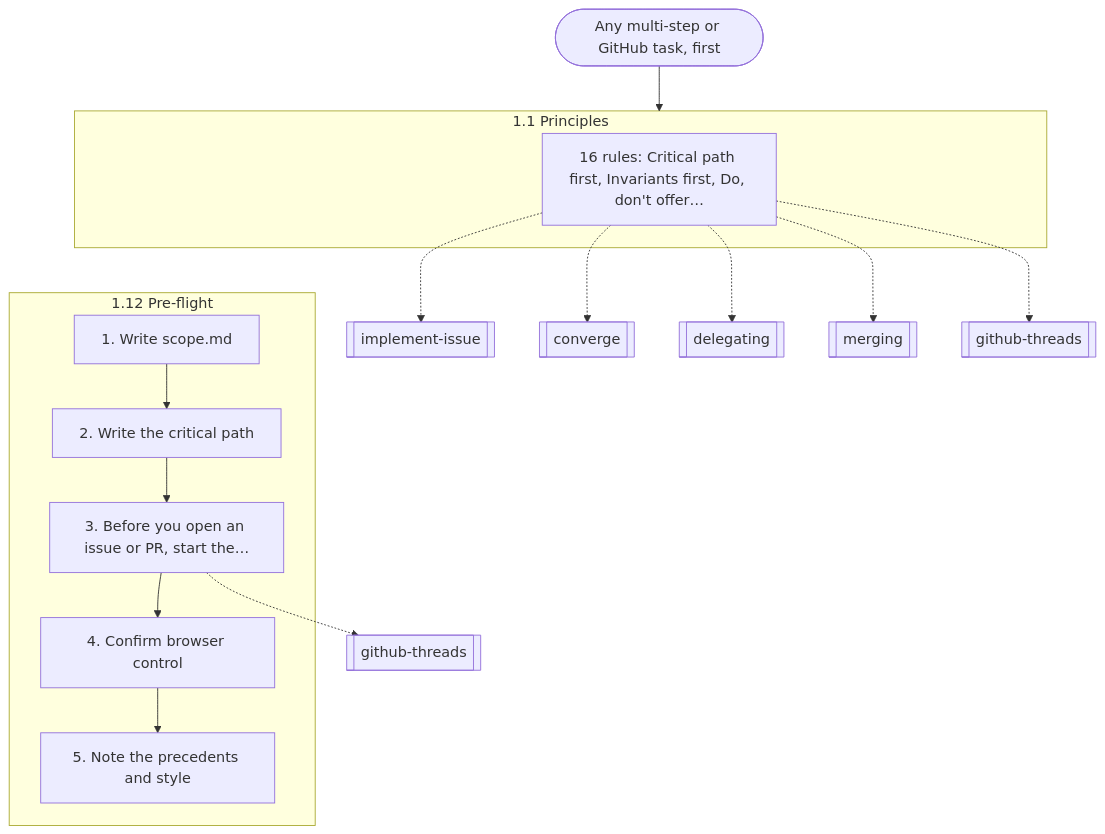
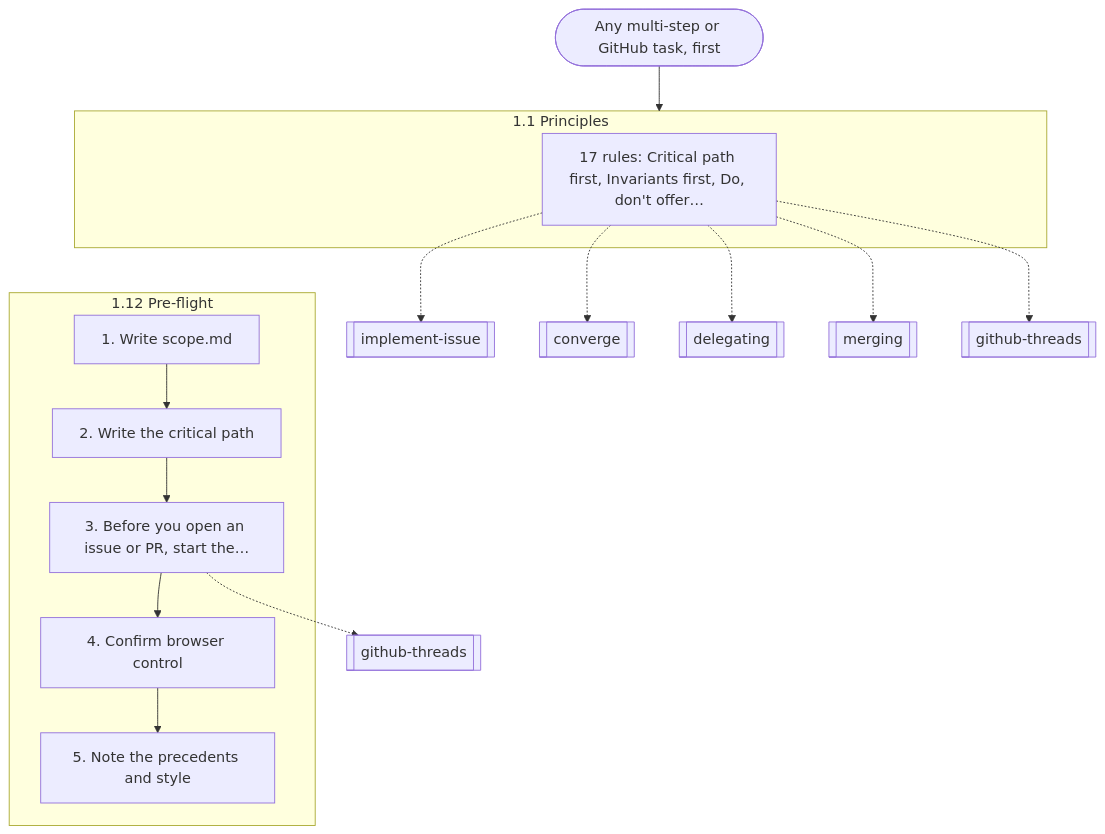
The first of 14 diagrams in docs/graphs.md (nitedani/mergeworthy), drawn with Mermaid before and after one commit. The commit also changed 2 other files, not shown here.

Commit message:
Principle 1.1.17: quality is made, checks confirm
Every check has a producing step responsible for what it checks (build for code, writing for a post,
design for its shape); the check should find nothing, and a finding is logged as that step's miss. A flow's
design names, for each check, the step that produces its quality.

````diff
--- a/docs/graphs.md
+++ b/docs/graphs.md
@@ -28,26 +28,26 @@
 ```mermaid
 flowchart TB
   start(["Any multi-step or GitHub task, first"])
   subgraph g0["1.1 Principles"]
-    s0["16 rules: Critical path first, Invariants first, Do, don't offer…"]
+    s0["17 rules: Critical path first, Invariants first, Do, don't offer…"]
   end
   s0 -.-> r1[["implement-issue"]]
   s0 -.-> r2[["converge"]]
   s0 -.-> r3[["delegating"]]
   s0 -.-> r4[["merging"]]
   s0 -.-> r5[["github-threads"]]
   subgraph g1["1.12 Pre-flight"]
     s1["1. Write scope.md"]
     s2["2. Write the critical path"]
     s1 --> s2
     s3["3. Before you open an issue or PR, start the…"]
     s2 --> s3
     s4["4. Confirm browser control"]
     s3 --> s4
     s5["5. Note the precedents and style"]
     s4 --> s5
   end
   s3 -.-> r6[["github-threads"]]
   start --> g0
   g0 ~~~ g1
 ```
````
